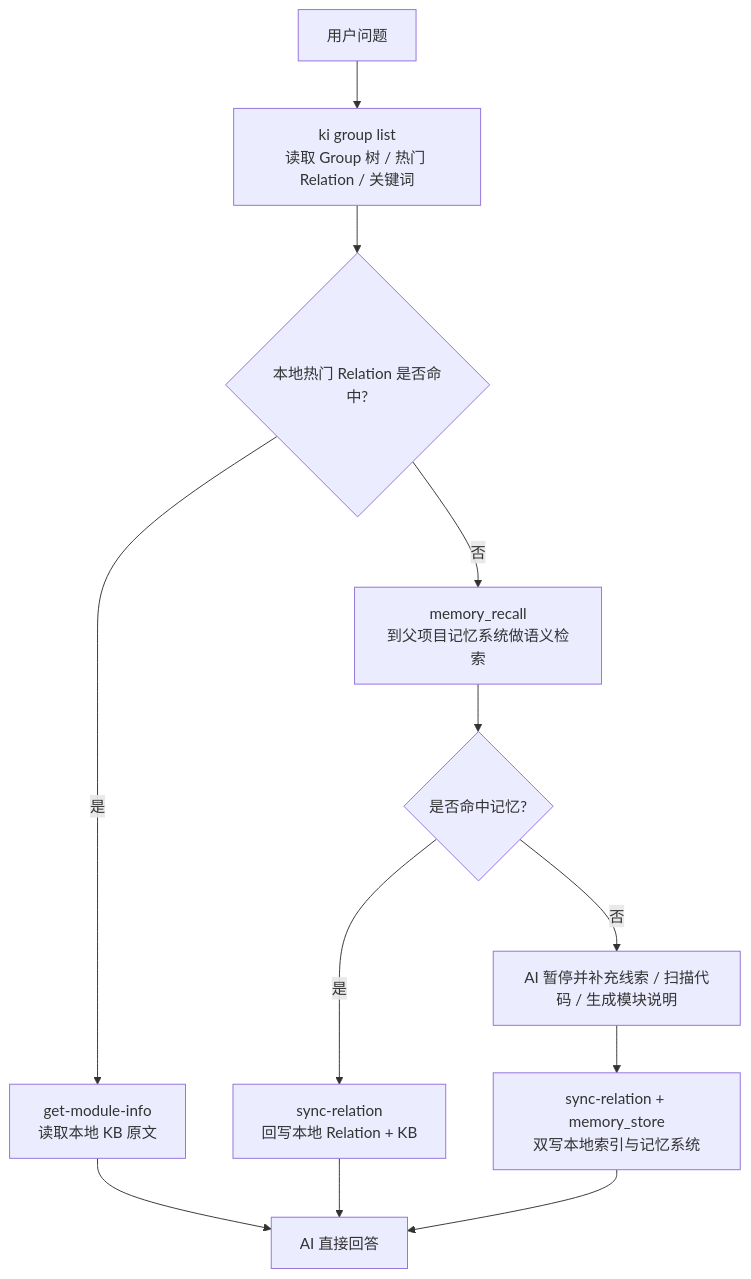
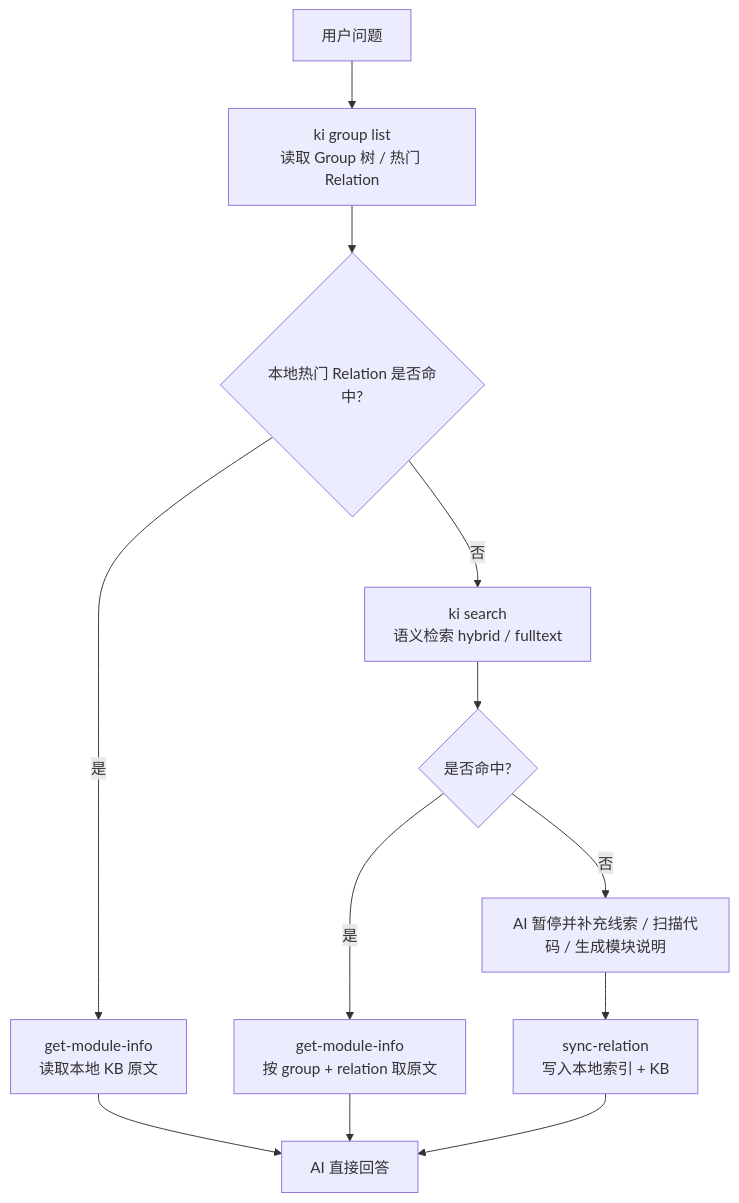
One commit to HACK-WU/kisearch changed the third of 5 diagrams in docs/architecture.md. Above: the diagram before and after it, drawn with Mermaid. The commit also changed other lines of this file and 22 other files, not shown here.

````diff
--- a/docs/architecture.md
+++ b/docs/architecture.md
@@ -138,16 +132,16 @@
 ```mermaid
 flowchart TD
-    Q[用户问题] --> G[ki group list<br/>读取 Group 树 / 热门 Relation / 关键词]
+    Q[用户问题] --> G[ki group list<br/>读取 Group 树 / 热门 Relation]
     G --> H{本地热门 Relation 是否命中?}
     H -- 是 --> M[get-module-info<br/>读取本地 KB 原文]
     M --> A[AI 直接回答]
 
-    H -- 否 --> R[memory_recall<br/>到父项目记忆系统做语义检索]
-    R --> F{是否命中记忆?}
-    F -- 是 --> S[sync-relation<br/>回写本地 Relation + KB]
+    H -- 否 --> R[ki search<br/>语义检索 hybrid / fulltext]
+    R --> F{是否命中?}
+    F -- 是 --> S[get-module-info<br/>按 group + relation 取原文]
     S --> A
 
     F -- 否 --> P[AI 暂停并补充线索 / 扫描代码 / 生成模块说明]
-    P --> D[sync-relation + memory_store<br/>双写本地索引与记忆系统]
+    P --> D[sync-relation<br/>写入本地索引 + KB]
     D --> A
 ```
````
